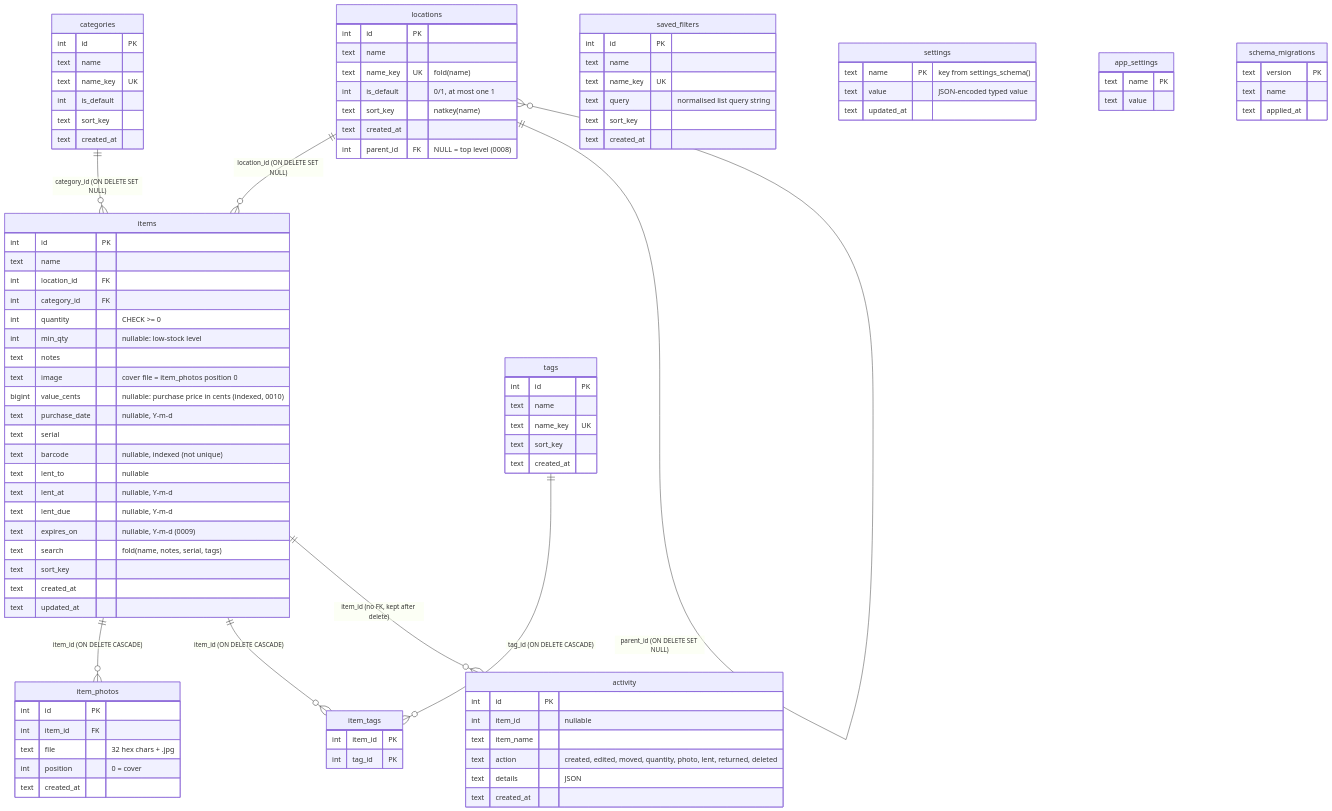
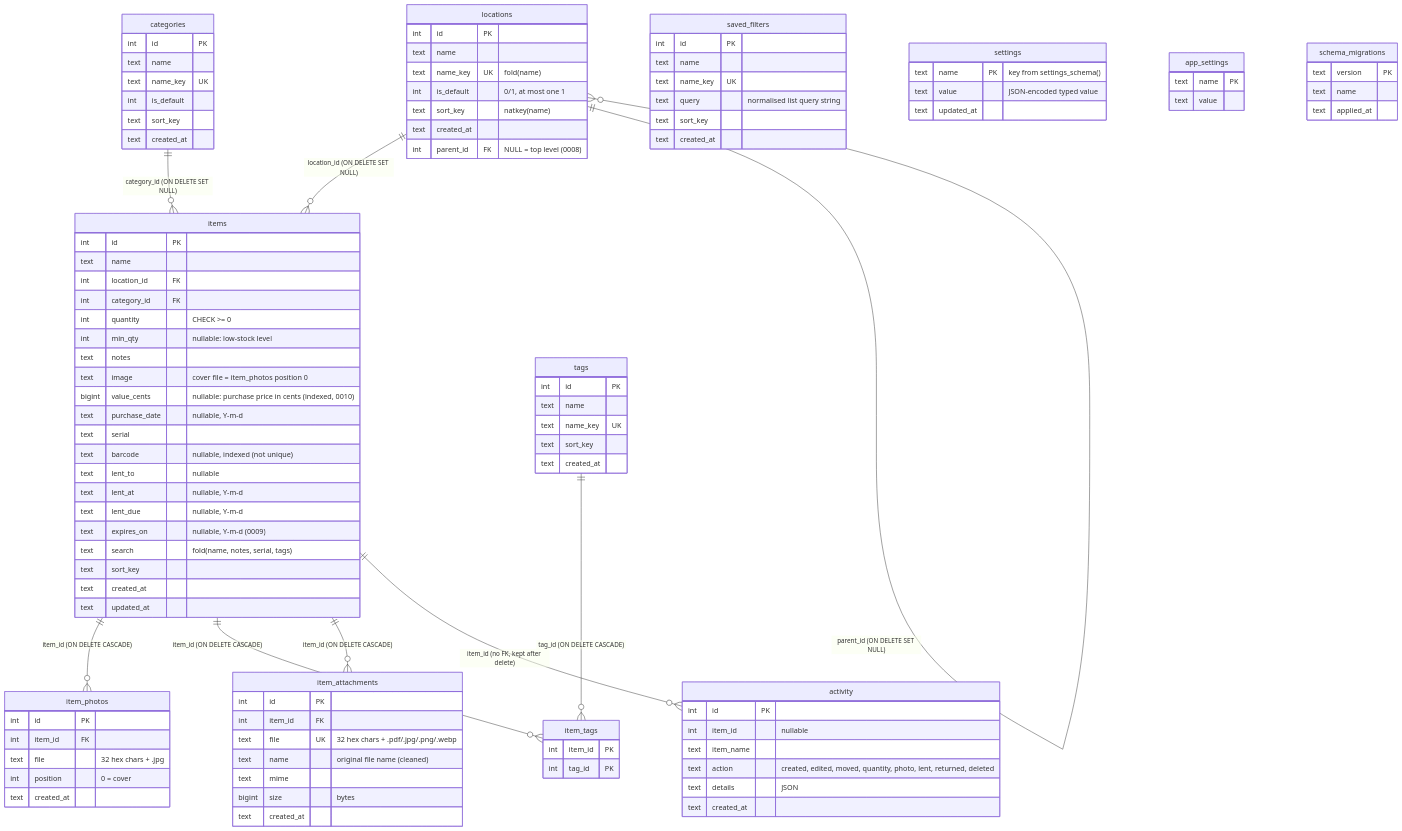
One commit to thordin9/apotheke changed the first of 2 diagrams in docs/database.md. Above: the diagram before and after it, drawn with Mermaid. The commit also changed other lines of this file and 17 other files, not shown here.

First line of the commit message:
feat(items): Markdown notes and PDF/image attachments

```diff
--- a/docs/database.md
+++ b/docs/database.md
@@ -12,6 +12,7 @@
   categories ||--o{ items : "category_id (ON DELETE SET NULL)"
   items ||--o{ item_photos : "item_id (ON DELETE CASCADE)"
   items ||--o{ item_tags : "item_id (ON DELETE CASCADE)"
+  items ||--o{ item_attachments : "item_id (ON DELETE CASCADE)"
   tags ||--o{ item_tags : "tag_id (ON DELETE CASCADE)"
   items ||--o{ activity : "item_id (no FK, kept after delete)"
 
@@ -61,6 +62,15 @@
     int position "0 = cover"
     text created_at
   }
+  item_attachments {
+    int id PK
+    int item_id FK
+    text file UK "32 hex chars + .pdf/.jpg/.png/.webp"
+    text name "original file name (cleaned)"
+    text mime
+    bigint size "bytes"
+    text created_at
+  }
   tags {
     int id PK
     text name
```
